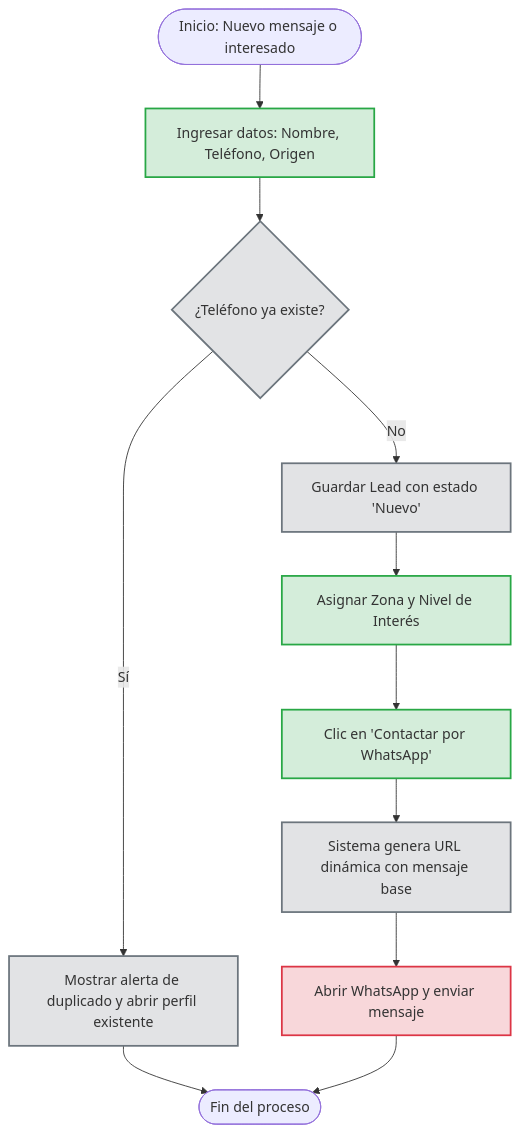
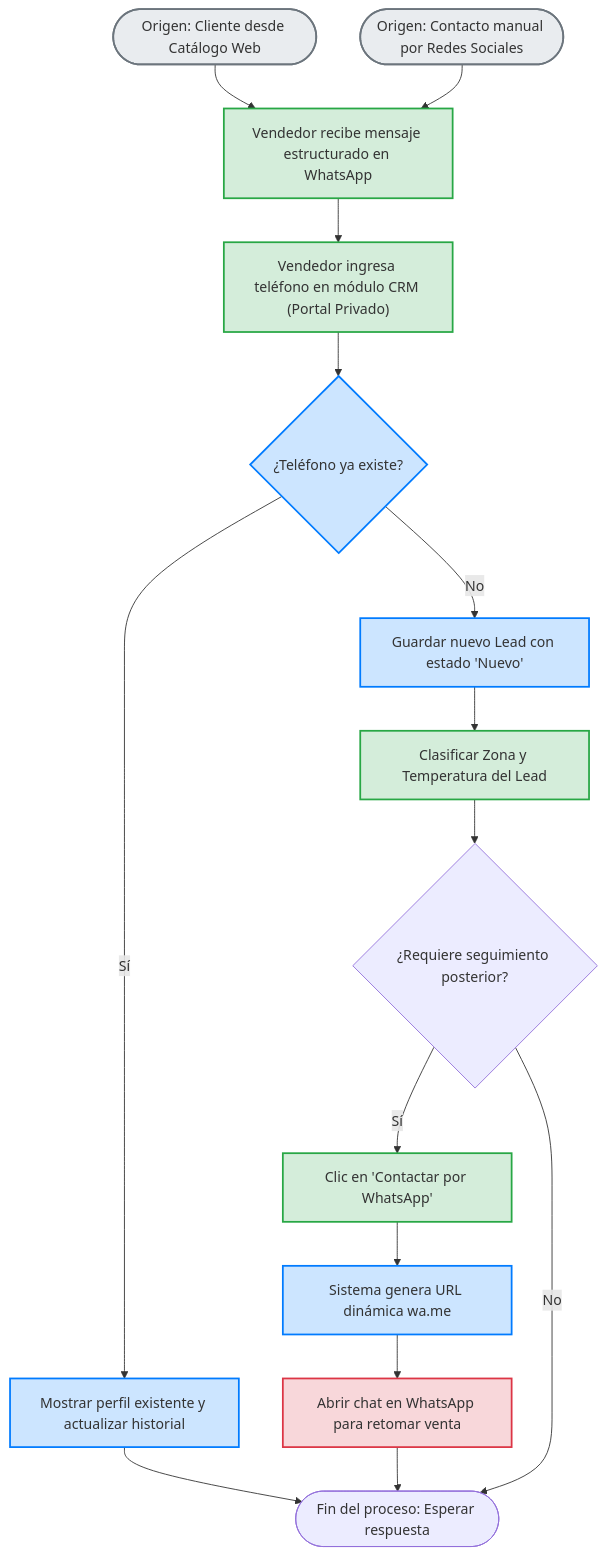
The diagram in docs/03-processes/03-lead-management-flow.md (Jesusdanielseg/Etherware), drawn with Mermaid before and after one commit. The commit also changed other lines of this file and 17 other files, not shown here.

Commit message:
Reestructuracion del proyecto en base al modelo hibrido

````diff
--- a/docs/03-processes/03-lead-management-flow.md
+++ b/docs/03-processes/03-lead-management-flow.md
@@ -14,21 +14,29 @@
 ```mermaid
 flowchart TD
+    classDef cliente fill:#e9ecef,stroke:#6c757d,stroke-width:2px;
     classDef vendedor fill:#d4edda,stroke:#28a745,stroke-width:2px;
-    classDef sistema fill:#e2e3e5,stroke:#6c757d,stroke-width:2px;
+    classDef sistema fill:#cce5ff,stroke:#007bff,stroke-width:2px;
     classDef externo fill:#f8d7da,stroke:#dc3545,stroke-width:2px;
 
-    A([Inicio: Nuevo mensaje o interesado]) --> B[Ingresar datos: Nombre, Teléfono, Origen]:::vendedor
-    B --> C{¿Teléfono ya existe?}:::sistema
+    %% Orígenes del Lead
+    A1(["Origen: Cliente desde Catálogo Web"]):::cliente --> B["Vendedor recibe mensaje estructurado en WhatsApp"]:::vendedor
+    A2(["Origen: Contacto manual por Redes Sociales"]):::cliente --> B
   
-    C -- Sí --> D[Mostrar alerta de duplicado y abrir perfil existente]:::sistema
-    C -- No --> E[Guardar Lead con estado 'Nuevo']:::sistema
+    B --> C["Vendedor ingresa teléfono en módulo CRM (Portal Privado)"]:::vendedor
+    C --> D{"¿Teléfono ya existe?"}:::sistema
   
-    E --> F[Asignar Zona y Nivel de Interés]:::vendedor
-    F --> G[Clic en 'Contactar por WhatsApp']:::vendedor
+    D -- Sí --> E["Mostrar perfil existente y actualizar historial"]:::sistema
+    D -- No --> F["Guardar nuevo Lead con estado 'Nuevo'"]:::sistema
   
-    G --> H[Sistema genera URL dinámica con mensaje base]:::sistema
-    H --> I[Abrir WhatsApp y enviar mensaje]:::externo
+    F --> G["Clasificar Zona y Temperatura del Lead"]:::vendedor
   
-    D --> J([Fin del proceso])
-    I --> J
+    %% Acción de seguimiento
+    G --> H{"¿Requiere seguimiento posterior?"}
+    H -- Sí --> I["Clic en 'Contactar por WhatsApp'"]:::vendedor
+    I --> J["Sistema genera URL dinámica wa.me"]:::sistema
+    J --> K["Abrir chat en WhatsApp para retomar venta"]:::externo
+    H -- No --> L(["Fin del proceso: Esperar respuesta"])
+  
+    E --> L
+    K --> L
 ```
````
